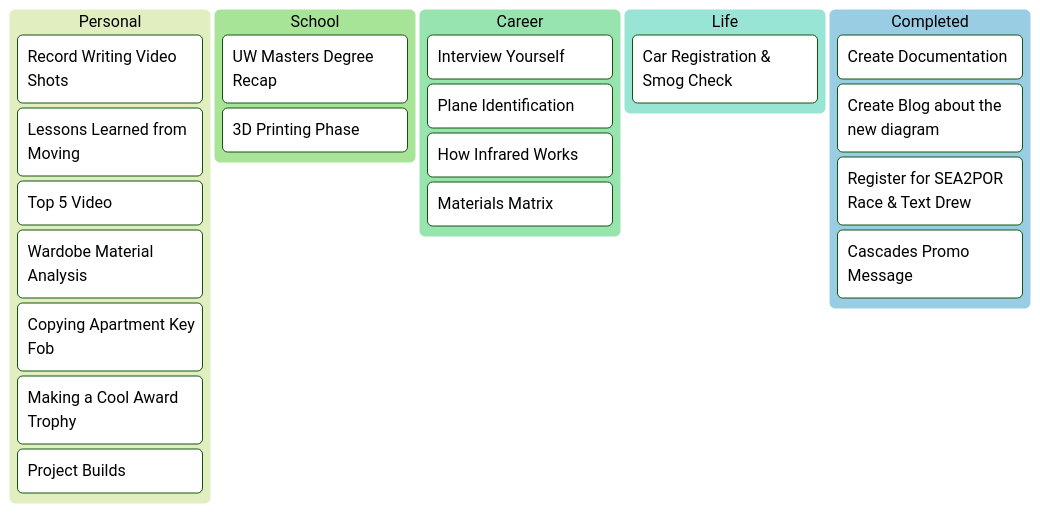
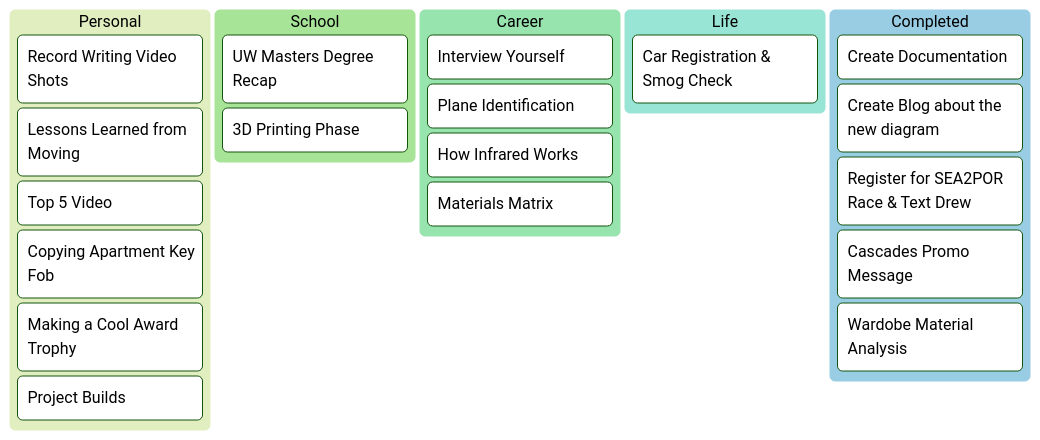
The second of 3 diagrams in Dashboard.md (Bailey-Wu/Bailey-Wu), drawn with Mermaid before and after one commit. The commit also changed other lines of this file, not shown here.

````diff
--- a/Dashboard.md
+++ b/Dashboard.md
@@ -33,27 +33,27 @@
 ```mermaid
 %%{init: {'theme':'forest'}}%%
 kanban
   [Personal]
     [Record Writing Video Shots]
     [Lessons Learned from Moving]
     [Top 5 Video]
-    [Wardobe Material Analysis]
     [Copying Apartment Key Fob]
     [Making a Cool Award Trophy]
     [Project Builds]
   [School]
     [UW Masters Degree Recap]
     [3D Printing Phase]
   [Career]
     [Interview Yourself]
     [Plane Identification]
     [How Infrared Works]
     [Materials Matrix]
   [Life]
     [Car Registration & Smog Check]
   [Completed]
     [Create Documentation]
     [Create Blog about the new diagram]
     [Register for SEA2POR Race & Text Drew]
     [Cascades Promo Message]
+    [Wardobe Material Analysis]
 ```
````
